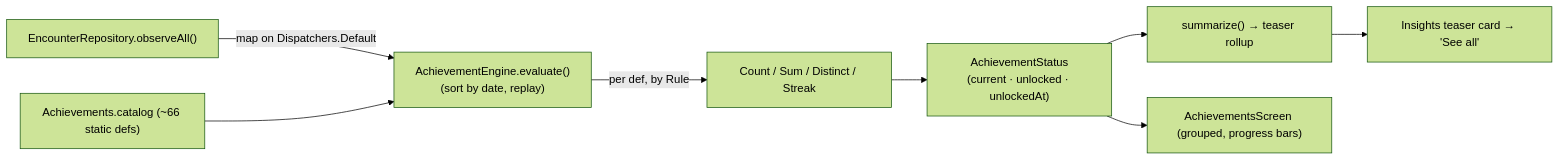
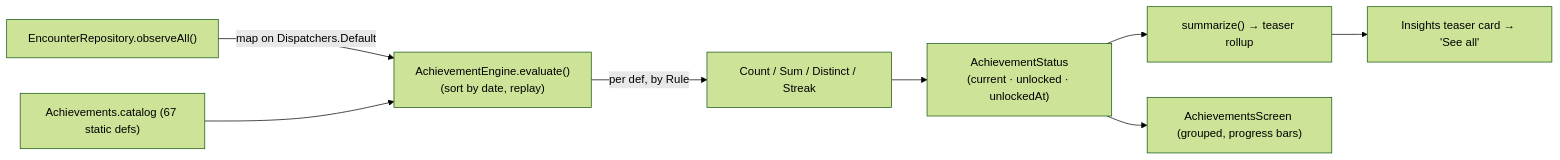
Before and after one commit to herbiewalker/tryst: the ninth of 10 diagrams in docs/FLOWCHARTS.md, drawn with Mermaid (forest theme). The commit also changed other lines of this file and 26 other files, not shown here.

````diff
--- a/docs/FLOWCHARTS.md
+++ b/docs/FLOWCHARTS.md
@@ -213,10 +219,10 @@
 ```mermaid
 flowchart LR
     LOG["EncounterRepository.observeAll()"] -->|"map on Dispatchers.Default"| EV["AchievementEngine.evaluate()<br/>(sort by date, replay)"]
-    CAT["Achievements.catalog (~66 static defs)"] --> EV
+    CAT["Achievements.catalog (67 static defs)"] --> EV
     EV -->|"per def, by Rule"| RULES["Count / Sum / Distinct / Streak"]
     RULES --> ST["AchievementStatus<br/>(current · unlocked · unlockedAt)"]
     ST --> SUM["summarize() → teaser rollup"]
     ST --> SCREEN["AchievementsScreen (grouped, progress bars)"]
     SUM --> TEASER["Insights teaser card → 'See all'"]
 ```
````
